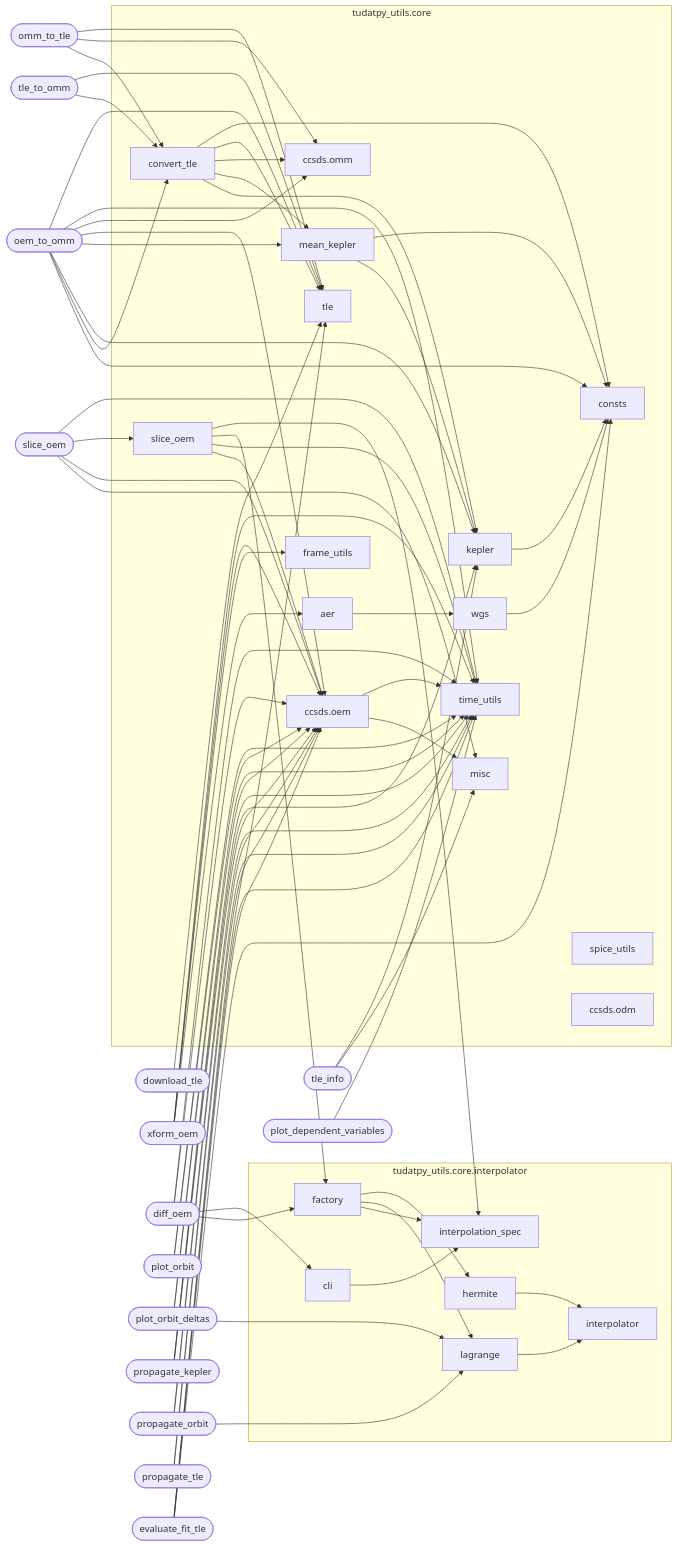
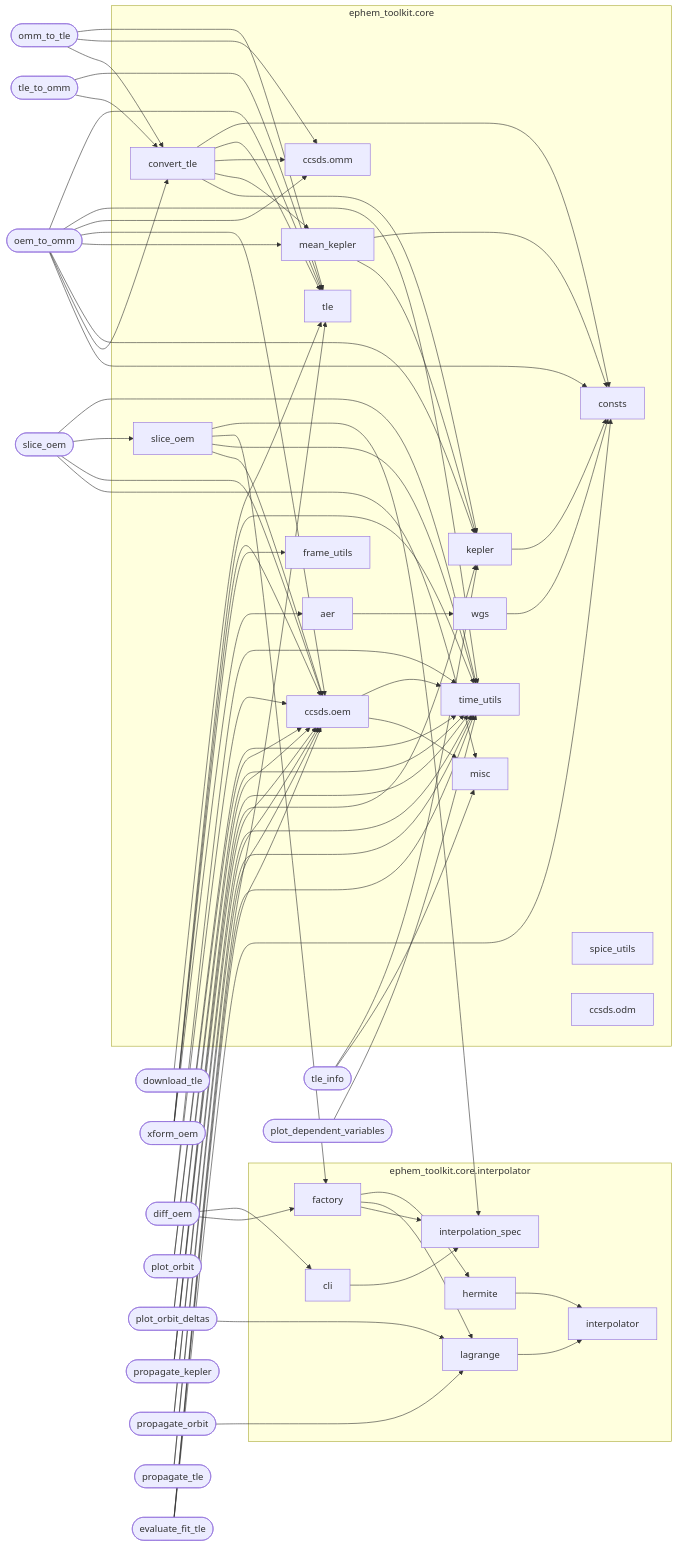
One commit to jeongyunl/ephem-toolkit changed the diagram in docs/python_module_dependency_graph.mmd. Above: the diagram before and after it, drawn with Mermaid. The commit also changed 217 other files, not shown here.

Commit message:
Rename project to ephem-toolkit

```diff
--- a/docs/python_module_dependency_graph.mmd
+++ b/docs/python_module_dependency_graph.mmd
@@ -1,126 +1,126 @@
 ---
 config:
   flowchart:
     curve: basis
 ---
 graph LR
 
-%% Internal Python module dependencies under tudatpy_utils namespace
+%% Internal Python module dependencies under ephem_toolkit namespace
 %% Standalone scripts use stadium shape ([...])
 %% Library modules use default rectangle shape [...]
-%% Updated 2026-08-11 to reflect src/tudatpy_utils/ structure
+%% Updated 2026-08-11 to reflect src/ephem_toolkit/ structure
 
-    subgraph core["tudatpy_utils.core"]
+    subgraph core["ephem_toolkit.core"]
         mod_core_aer[aer]
         mod_core_misc[misc]
         mod_core_consts[consts]
         mod_core_convert_tle[convert_tle]
         mod_core_frame_utils[frame_utils]
         mod_core_kepler[kepler]
         mod_core_mean_kepler[mean_kepler]
         mod_core_spice_utils[spice_utils]
         mod_core_odm[ccsds.odm]
         mod_core_oem[ccsds.oem]
         mod_core_omm[ccsds.omm]
         mod_core_slice_oem[slice_oem]
         mod_core_time_utils[time_utils]
         mod_core_tle[tle]
         mod_core_wgs[wgs]
     end
 
-    subgraph interpolator["tudatpy_utils.core.interpolator"]
+    subgraph interpolator["ephem_toolkit.core.interpolator"]
         mod_interpolator_interpolator[interpolator]
         mod_interpolator_lagrange[lagrange]
         mod_interpolator_hermite[hermite]
         mod_interpolator_spec[interpolation_spec]
         mod_interpolator_factory[factory]
         mod_core_cli[cli]
     end
 
     mod_util_download_tle([download_tle])
     mod_util_xform_oem([xform_oem])
     mod_util_omm_to_tle([omm_to_tle])
     mod_util_slice_oem([slice_oem])
     mod_util_tle_info([tle_info])
     mod_util_tle_to_omm([tle_to_omm])
     mod_util_diff_oem([diff_oem])
     mod_util_plot_orbit([plot_orbit])
     mod_util_plot_orbit_deltas([plot_orbit_deltas])
     mod_util_plot_dep_vars([plot_dependent_variables])
     mod_util_propagate_kepler([propagate_kepler])
     mod_util_propagate_orbit([propagate_orbit])
     mod_util_propagate_tle([propagate_tle])
     mod_util_oem_to_omm([oem_to_omm])
     mod_util_evaluate_fit_tle([evaluate_fit_tle])
 
     %% ===== Core library internal edges =====
     mod_core_aer --> mod_core_wgs
     mod_core_convert_tle --> mod_core_kepler
     mod_core_convert_tle --> mod_core_mean_kepler
     mod_core_convert_tle --> mod_core_omm
     mod_core_convert_tle --> mod_core_tle
     mod_core_convert_tle --> mod_core_consts
     mod_core_kepler --> mod_core_consts
     mod_core_mean_kepler --> mod_core_kepler
     mod_core_mean_kepler --> mod_core_consts
     mod_core_oem --> mod_core_misc
     mod_core_oem --> mod_core_time_utils
     mod_core_slice_oem --> mod_core_oem
     mod_core_slice_oem --> mod_core_time_utils
     mod_core_slice_oem --> mod_interpolator_factory
     mod_core_slice_oem --> mod_interpolator_spec
     mod_core_wgs --> mod_core_consts
     mod_interpolator_lagrange --> mod_interpolator_interpolator
     mod_interpolator_hermite --> mod_interpolator_interpolator
     mod_interpolator_factory --> mod_interpolator_spec
     mod_interpolator_factory --> mod_interpolator_lagrange
     mod_interpolator_factory --> mod_interpolator_hermite
     mod_core_cli --> mod_interpolator_spec
 
     %% ===== Utility module edges to core =====
     mod_util_xform_oem --> mod_core_aer
     mod_util_xform_oem --> mod_core_frame_utils
     mod_util_xform_oem --> mod_core_oem
     mod_util_xform_oem --> mod_core_time_utils
     mod_util_omm_to_tle --> mod_core_convert_tle
     mod_util_omm_to_tle --> mod_core_omm
     mod_util_omm_to_tle --> mod_core_tle
     mod_util_slice_oem --> mod_core_misc
     mod_util_slice_oem --> mod_core_oem
     mod_util_slice_oem --> mod_core_slice_oem
     mod_util_slice_oem --> mod_core_time_utils
     mod_util_tle_info --> mod_core_misc
     mod_util_tle_info --> mod_core_kepler
     mod_util_tle_to_omm --> mod_core_convert_tle
     mod_util_tle_to_omm --> mod_core_tle
     mod_util_diff_oem --> mod_core_oem
     mod_util_diff_oem --> mod_core_time_utils
     mod_util_diff_oem --> mod_interpolator_factory
     mod_util_diff_oem --> mod_core_cli
     mod_util_plot_orbit --> mod_core_oem
     mod_util_plot_orbit --> mod_core_time_utils
     mod_util_plot_orbit_deltas --> mod_core_oem
     mod_util_plot_orbit_deltas --> mod_core_time_utils
     mod_util_plot_orbit_deltas --> mod_interpolator_lagrange
     mod_util_plot_dep_vars --> mod_core_time_utils
     mod_util_propagate_kepler --> mod_core_oem
     mod_util_propagate_kepler --> mod_core_kepler
     mod_util_propagate_kepler --> mod_core_time_utils
     mod_util_propagate_orbit --> mod_core_oem
     mod_util_propagate_orbit --> mod_core_time_utils
     mod_util_propagate_orbit --> mod_interpolator_lagrange
     mod_util_propagate_tle --> mod_core_oem
     mod_util_propagate_tle --> mod_core_time_utils
     mod_util_oem_to_omm --> mod_core_consts
     mod_util_oem_to_omm --> mod_core_convert_tle
     mod_util_oem_to_omm --> mod_core_kepler
     mod_util_oem_to_omm --> mod_core_mean_kepler
     mod_util_oem_to_omm --> mod_core_oem
     mod_util_oem_to_omm --> mod_core_omm
     mod_util_oem_to_omm --> mod_core_time_utils
     mod_util_oem_to_omm --> mod_core_tle
     mod_util_evaluate_fit_tle --> mod_core_consts
     mod_util_evaluate_fit_tle --> mod_core_oem
     mod_util_evaluate_fit_tle --> mod_core_time_utils
     mod_util_evaluate_fit_tle --> mod_core_tle
     mod_util_download_tle --> mod_core_tle
```
